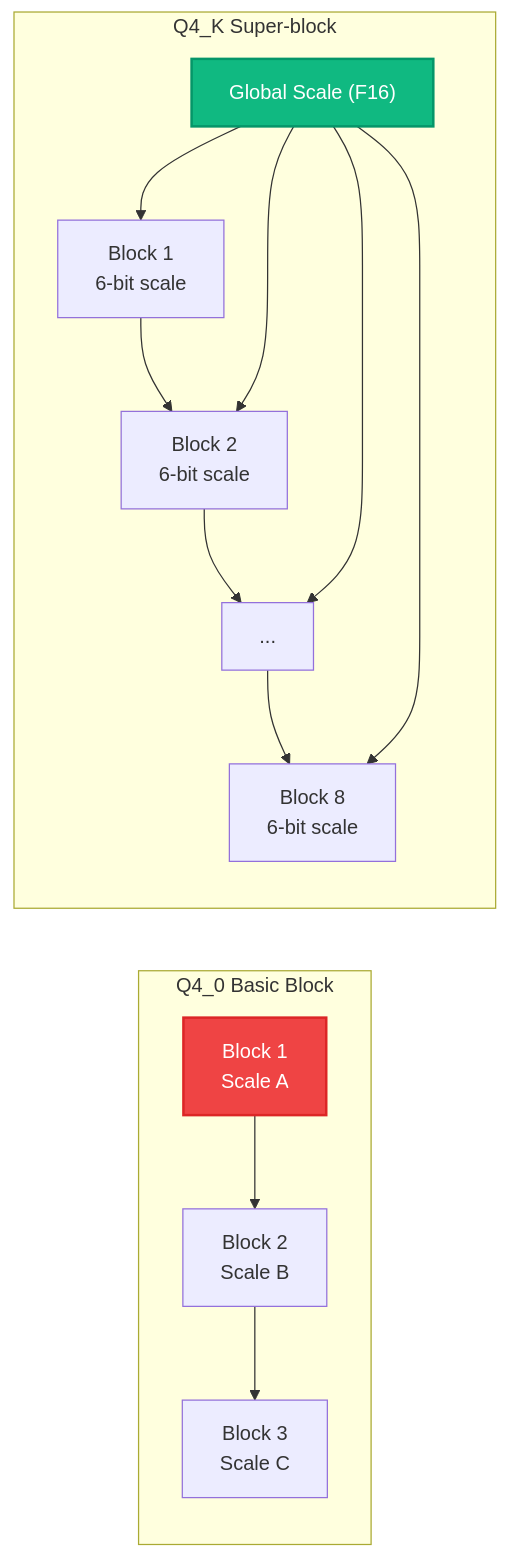
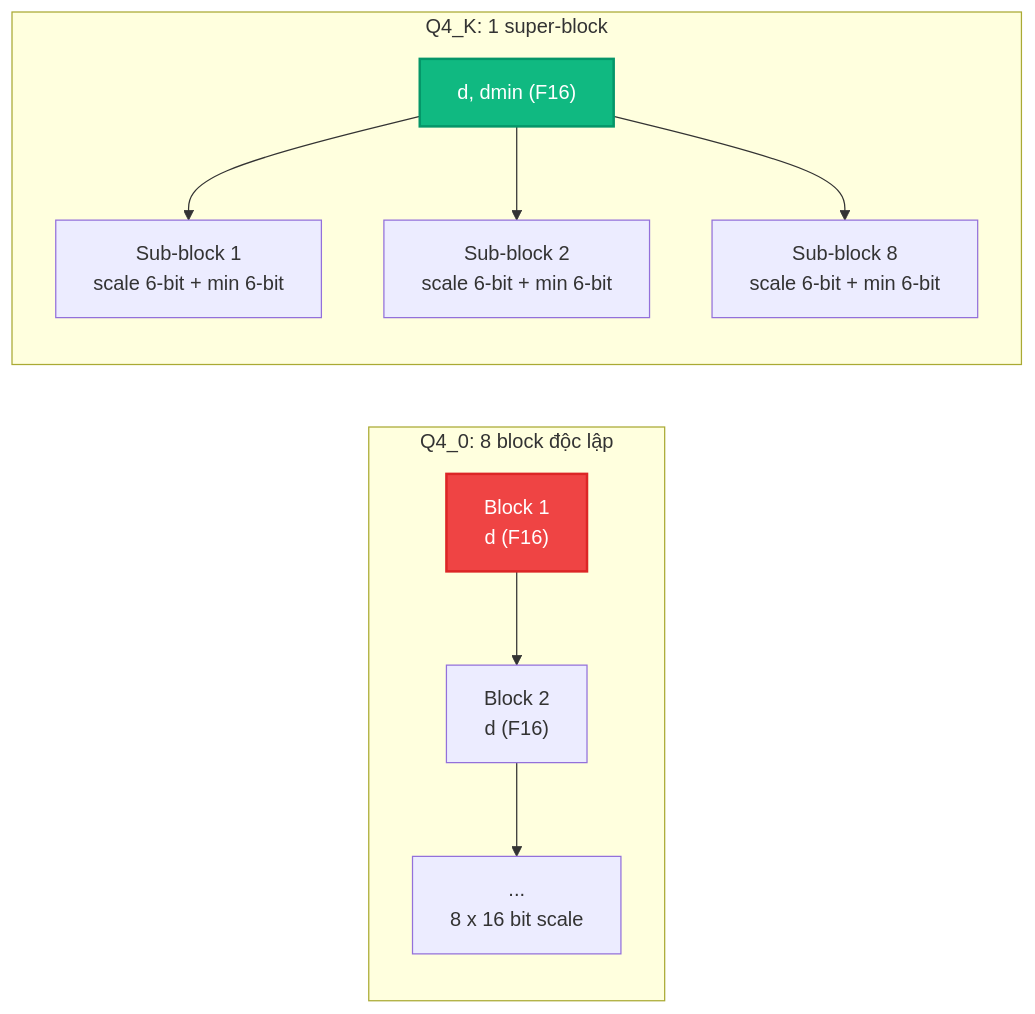
One commit to tuandung222/llama-cpp-architecture-lectures changed the diagram in docs/lesson_3_quantization_algorithms.md. Above: the diagram before and after it, drawn with Mermaid. The commit also changed other lines of this file and 10 other files, not shown here.

````diff
--- a/docs/lesson_3_quantization_algorithms.md
+++ b/docs/lesson_3_quantization_algorithms.md
@@ -120,18 +170,15 @@
 ```mermaid
 graph LR
-    subgraph "Q4_0 Basic Block"
-        B1["Block 1\nScale A"] --> B2["Block 2\nScale B"] --> B3["Block 3\nScale C"]
+    subgraph "Q4_0: 8 block độc lập"
+        B1["Block 1\nd (F16)"] --> B2["Block 2\nd (F16)"] --> B3["...\n8 x 16 bit scale"]
     end
 
-    subgraph "Q4_K Super-block"
-        K1["Block 1\n6-bit scale"] --> K2["Block 2\n6-bit scale"] --> K3["..."]
-        K3 --> K8["Block 8\n6-bit scale"]
-        KS["Global Scale (F16)"] --> K1
-        KS --> K2
-        KS --> K3
-        KS --> K8
+    subgraph "Q4_K: 1 super-block"
+        KS["d, dmin (F16)"] --> K1["Sub-block 1\nscale 6-bit + min 6-bit"]
+        KS --> K2["Sub-block 2\nscale 6-bit + min 6-bit"]
+        KS --> K8["Sub-block 8\nscale 6-bit + min 6-bit"]
     end
 
     style B1 fill:#ef4444,stroke:#dc2626,stroke-width:2px,color:#fff
     style KS fill:#10b981,stroke:#059669,stroke-width:2px,color:#fff
 ```
````
